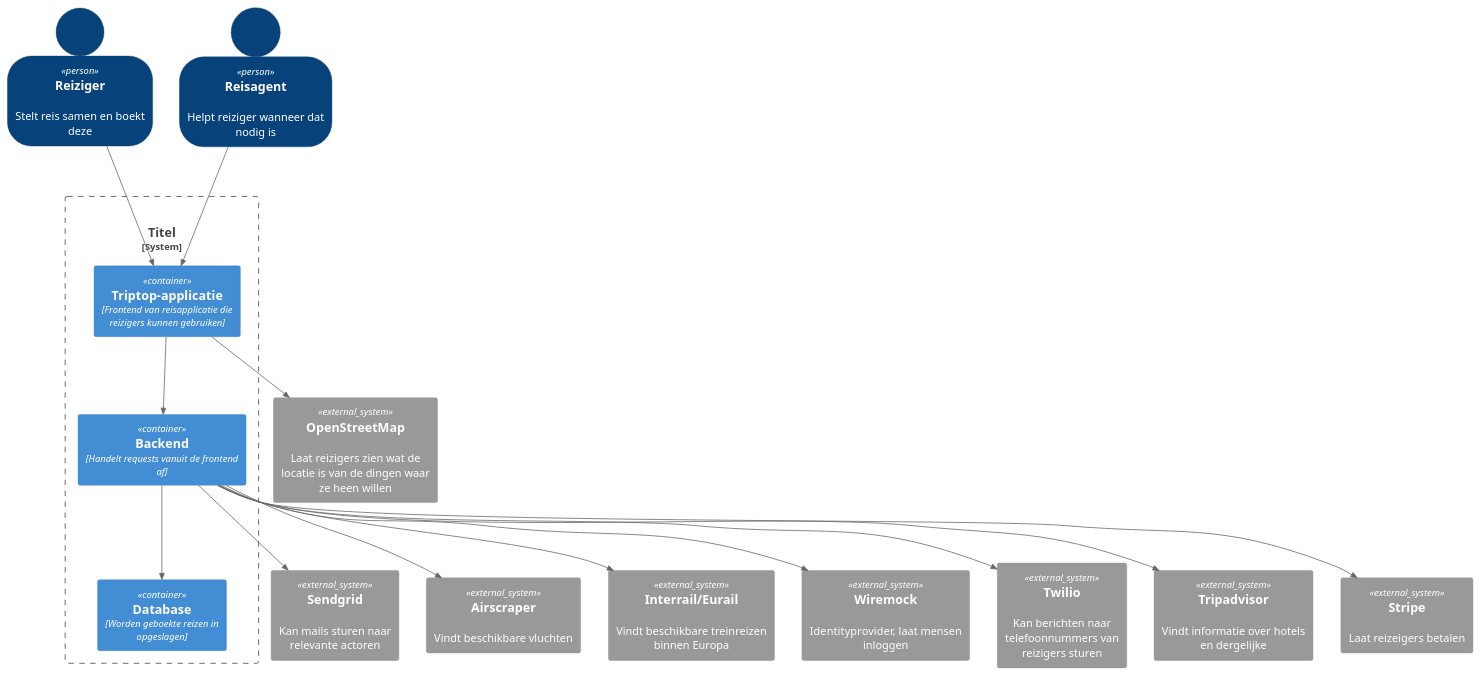
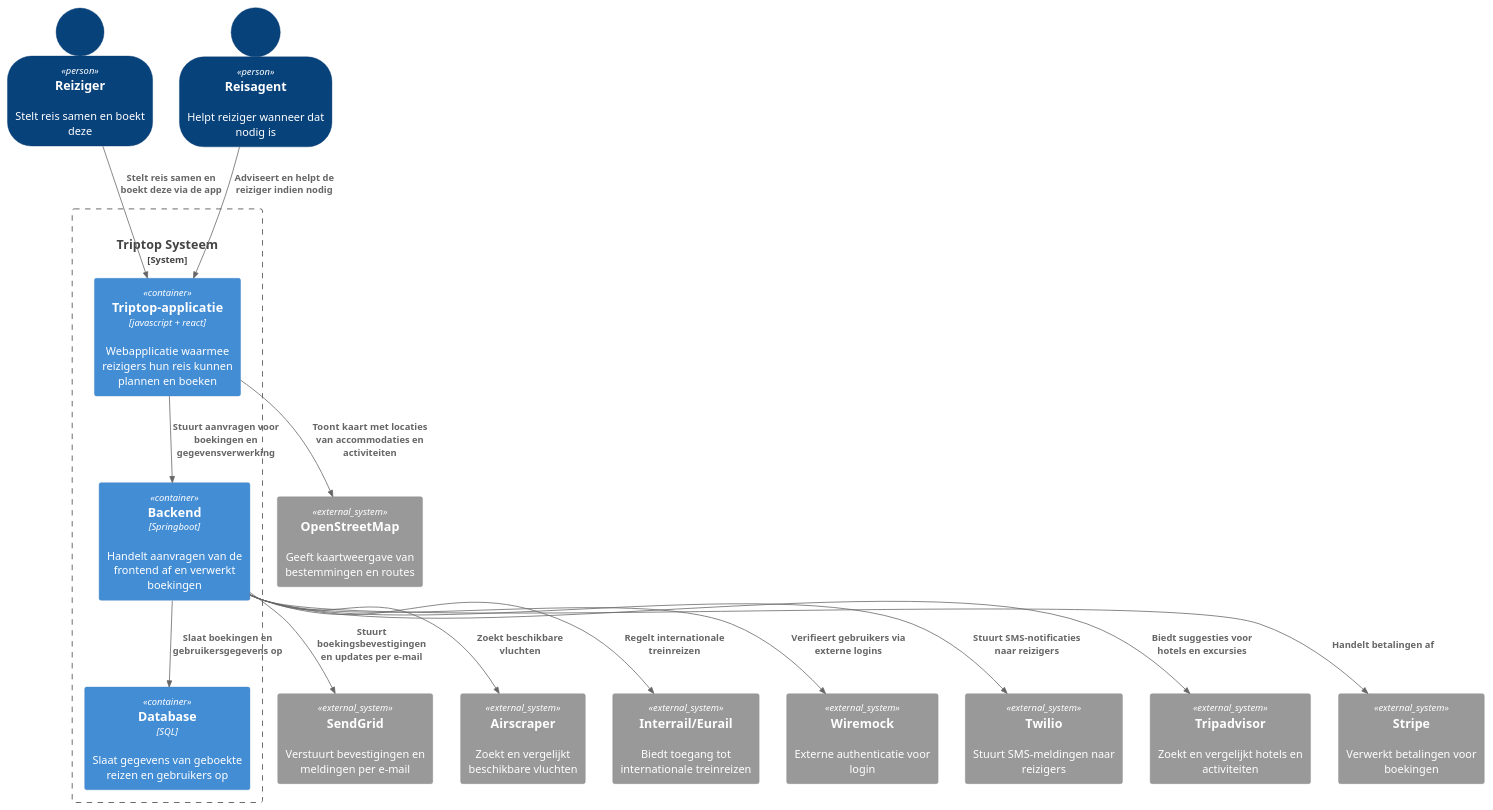
The diagram in opdracht-diagrammen/Diagrammen studenten/Week 1/ContainerDiagram/container_diagram.puml (AIM-ENE-feb25/triptop-dravende-dikdiks), drawn with PlantUML before and after one commit. The commit also changed 1 other file, not shown here.

Commit message:
beschrijvingen bij container diagram

```diff
--- a/opdracht-diagrammen/Diagrammen studenten/Week 1/ContainerDiagram/container_diagram.puml
+++ b/opdracht-diagrammen/Diagrammen studenten/Week 1/ContainerDiagram/container_diagram.puml
@@ -1,51 +1,41 @@
 @startuml
 
 !include https://raw.githubusercontent.com/plantuml-stdlib/C4-PlantUML/master/C4_Context.puml
 !include https://raw.githubusercontent.com/plantuml-stdlib/C4-PlantUML/master/C4_Container.puml
 !include https://raw.githubusercontent.com/plantuml-stdlib/C4-PlantUML/master/C4_Component.puml
 
 SHOW_PERSON_OUTLINE()
 
 Person("r", "Reiziger", "Stelt reis samen en boekt deze")
 Person("ra", "Reisagent", "Helpt reiziger wanneer dat nodig is")
 
-
-System_Boundary("naam", "Titel"){
-    Container("be", "Backend", "Handelt requests vanuit de frontend af")
-    Container("fe", "Triptop-applicatie", "Frontend van reisapplicatie die reizigers kunnen gebruiken")
-    Container("db", "Database", "Worden geboekte reizen in opgeslagen")
+System_Boundary("triptop", "Triptop Systeem") {
+    Container("be", "Backend", "Springboot", "Handelt aanvragen van de frontend af en verwerkt boekingen")
+    Container("fe", "Triptop-applicatie", "javascript + react", "Webapplicatie waarmee reizigers hun reis kunnen plannen en boeken")
+    Container("db", "Database", "SQL","Slaat gegevens van geboekte reizen en gebruikers op")
 }
 
+System_Ext("sg", "SendGrid", "Verstuurt bevestigingen en meldingen per e-mail")
+System_Ext("as", "Airscraper", "Zoekt en vergelijkt beschikbare vluchten")
+System_Ext("eur", "Interrail/Eurail", "Biedt toegang tot internationale treinreizen")
+System_Ext("wm", "Wiremock", "Externe authenticatie voor login")
+System_Ext("tw", "Twilio", "Stuurt SMS-meldingen naar reizigers")
+System_Ext("ta", "Tripadvisor", "Zoekt en vergelijkt hotels en activiteiten")
+System_Ext("st", "Stripe", "Verwerkt betalingen voor boekingen")
+System_Ext("osm", "OpenStreetMap", "Geeft kaartweergave van bestemmingen en routes")
 
-System_Ext("sg", "Sendgrid", "Kan mails sturen naar relevante actoren")
-System_Ext("as", "Airscraper", "Vindt beschikbare vluchten")
-System_Ext("eur", "Interrail/Eurail", "Vindt beschikbare treinreizen binnen Europa")
-System_Ext("wm", "Wiremock", "Identityprovider, laat mensen inloggen")
-System_Ext("tw", "Twilio", "Kan berichten naar telefoonnummers van reizigers sturen")
-System_Ext("ta", "Tripadvisor", "Vindt informatie over hotels en dergelijke")
-System_Ext("st", "Stripe", "Laat reizeigers betalen")
-System_Ext("osm", "OpenStreetMap", "Laat reizigers zien wat de locatie is van de dingen waar ze heen willen")
+Rel("r", "fe", "Stelt reis samen en boekt deze via de app")
+Rel("ra", "fe", "Adviseert en helpt de reiziger indien nodig")
+Rel("fe", "be", "Stuurt aanvragen voor boekingen en gegevensverwerking")
+Rel("be", "db", "Slaat boekingen en gebruikersgegevens op")
 
+Rel("fe", "osm", "Toont kaart met locaties van accommodaties en activiteiten")
 
-Rel("r", "fe", " ")
-Rel("ra", "fe", " ")
-Rel("fe", "be", " ")
-Rel("be", "db", " ")
-
-Rel("fe", "osm", " ")
-
-Rel("be", "sg", " ")
-Rel("be", "as", " ")
-Rel("be", "eur", " ")
-Rel("be", "wm", " ")
-Rel("be", "tw", " ")
-Rel("be", "ta", " ")
-Rel("be", "st", " ")
-
-
-'todo: labels bij de pijltjes bedenken
-
-
-
-
+Rel("be", "sg", "Stuurt boekingsbevestigingen en updates per e-mail")
+Rel("be", "as", "Zoekt beschikbare vluchten")
+Rel("be", "eur", "Regelt internationale treinreizen")
+Rel("be", "wm", "Verifieert gebruikers via externe logins")
+Rel("be", "tw", "Stuurt SMS-notificaties naar reizigers")
+Rel("be", "ta", "Biedt suggesties voor hotels en excursies")
+Rel("be", "st", "Handelt betalingen af")
 @enduml
```
